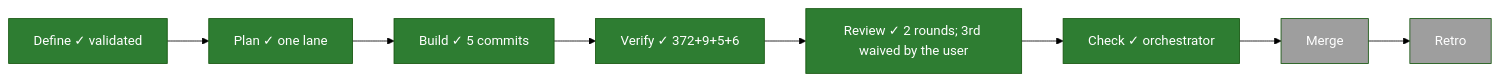
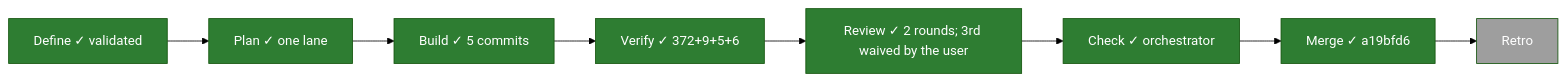
The first of 2 diagrams in .task/048-app-fragment.md (PaliCanon/learn-pali), drawn with Mermaid (forest theme) before and after one commit. The commit also changed other lines of this file, not shown here.

Commit message:
chore(task): 048 merged — a19bfd6

````diff
--- a/.task/048-app-fragment.md
+++ b/.task/048-app-fragment.md
@@ -12,7 +12,7 @@
 ```mermaid
 flowchart LR
-  Define["Define ✓ validated"]:::done --> Plan["Plan ✓ one lane"]:::done --> Build["Build ✓ 5 commits"]:::done --> Verify["Verify ✓ 372+9+5+6"]:::done --> Review["Review ✓ 2 rounds; 3rd waived by the user"]:::done --> Check["Check ✓ orchestrator"]:::done --> Merge:::todo --> Retro:::todo
+  Define["Define ✓ validated"]:::done --> Plan["Plan ✓ one lane"]:::done --> Build["Build ✓ 5 commits"]:::done --> Verify["Verify ✓ 372+9+5+6"]:::done --> Review["Review ✓ 2 rounds; 3rd waived by the user"]:::done --> Check["Check ✓ orchestrator"]:::done --> Merge["Merge ✓ a19bfd6"]:::done --> Retro:::todo
   classDef doing fill:#f9a825,color:#000
   classDef done fill:#2e7d32,color:#fff
   classDef todo fill:#9e9e9e,color:#fff
 ```
````
